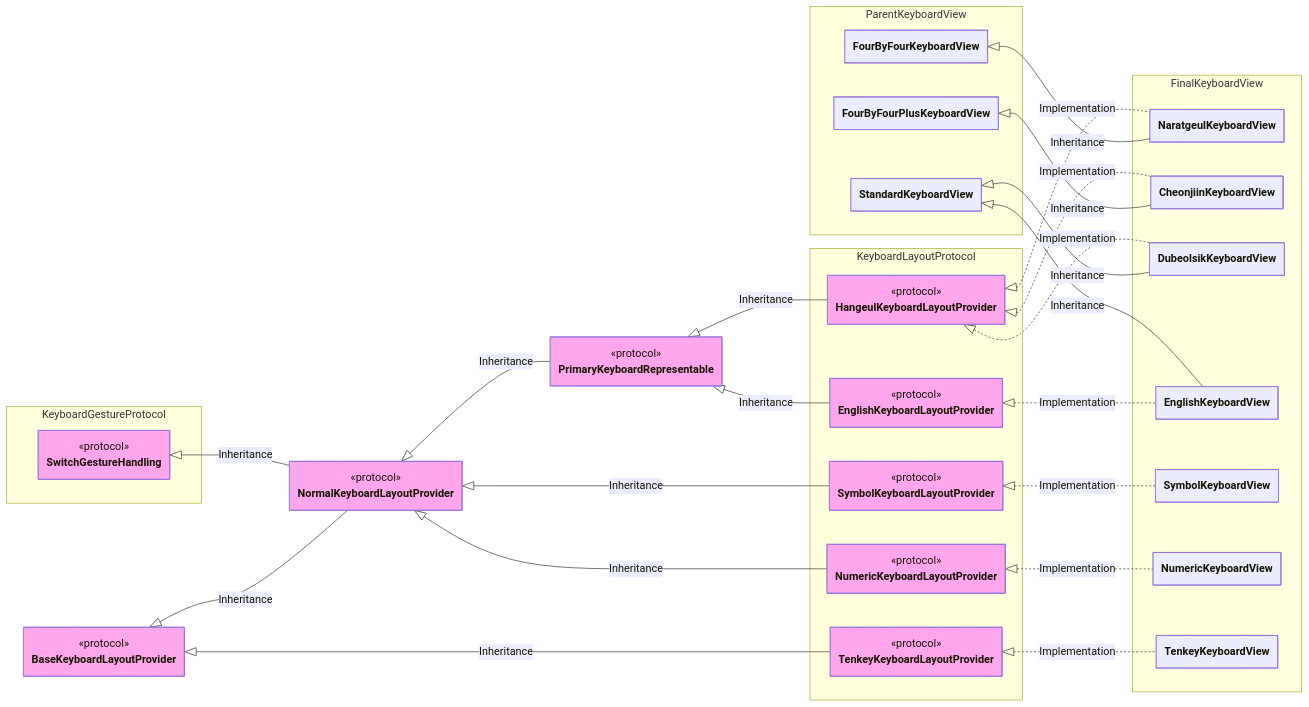
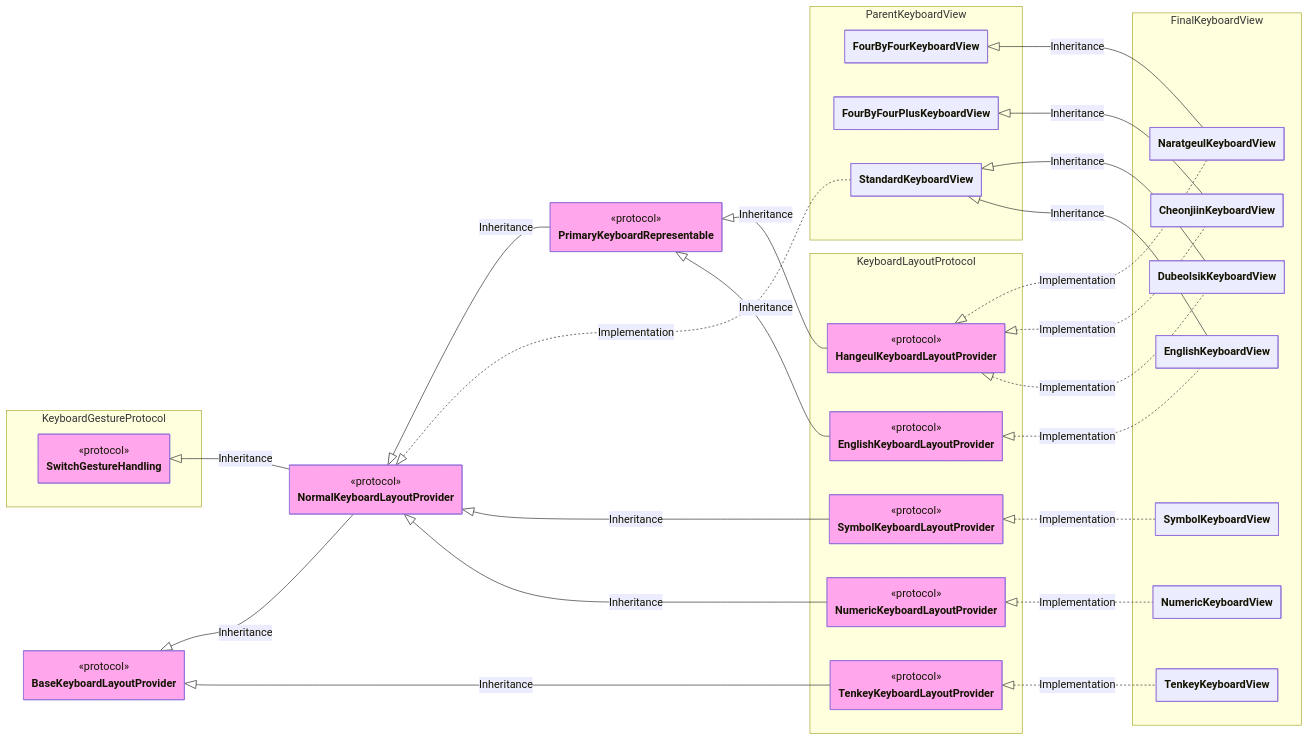
One commit to SNMac/SYKeyboard changed the fourth of 6 diagrams in README.md. Above: the diagram before and after it, drawn with Mermaid. The commit also changed other lines of this file, not shown here.

```diff
--- a/README.md
+++ b/README.md
@@ -674,6 +676,7 @@
     HangeulKeyboardLayoutProvider <|.. NaratgeulKeyboardView: Implementation
     FourByFourPlusKeyboardView <|-- CheonjiinKeyboardView: Inheritance
     HangeulKeyboardLayoutProvider <|.. CheonjiinKeyboardView: Implementation
+    NormalKeyboardLayoutProvider <|.. StandardKeyboardView: Implementation
     StandardKeyboardView <|-- DubeolsikKeyboardView: Inheritance
     HangeulKeyboardLayoutProvider <|.. DubeolsikKeyboardView: Implementation
 
```
